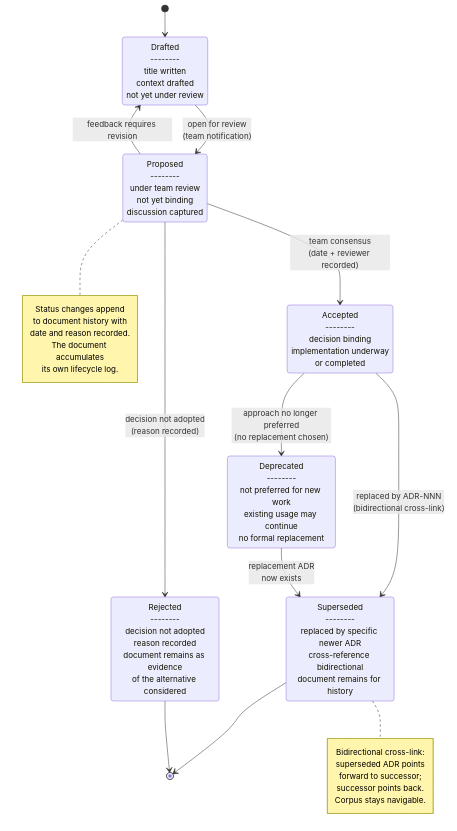
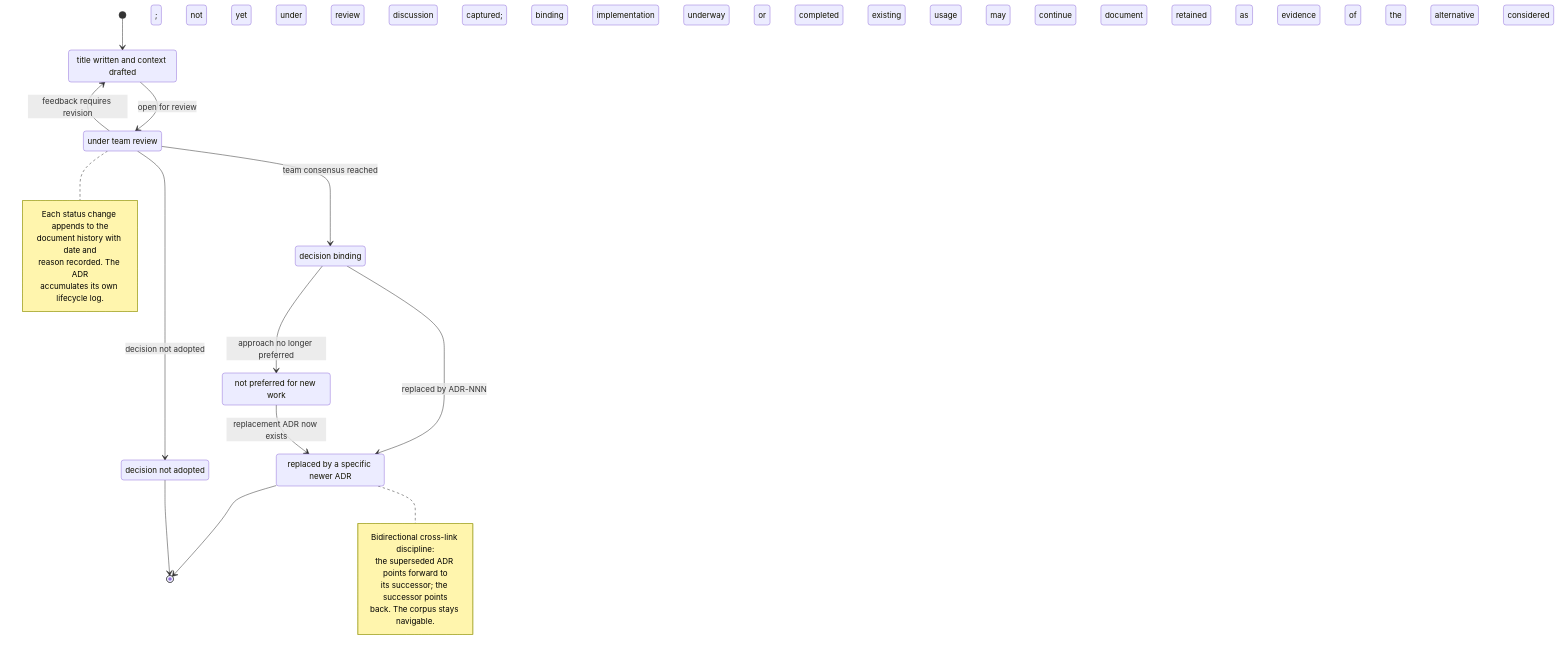
Before and after one commit to AscendionPlatformEngineering/knowledge-library: the diagram in content/templates/adr-template/diagram.mmd, drawn with Mermaid. The commit also changed 2 other files, not shown here.

Commit message:
fix(v36): correct mermaid syntax for templates diagrams (state descriptions, enum arrows, subgraph targets)

```diff
--- a/content/templates/adr-template/diagram.mmd
+++ b/content/templates/adr-template/diagram.mmd
@@ -1,45 +1,35 @@
 stateDiagram-v2
 
     [*] --> Drafted
 
-    Drafted : Drafted<br/>--------<br/>title written<br/>context drafted<br/>not yet under review
+    Drafted     : title written and context drafted; not yet under review
+    Proposed    : under team review; discussion captured; not yet binding
+    Accepted    : decision binding; implementation underway or completed
+    Deprecated  : not preferred for new work; existing usage may continue
+    Superseded  : replaced by a specific newer ADR; document retained
+    Rejected    : decision not adopted; document retained as evidence of the alternative considered
 
-    Drafted --> Proposed : open for review<br/>(team notification)
+    Drafted     --> Proposed    : open for review
+    Proposed    --> Accepted    : team consensus reached
+    Proposed    --> Drafted     : feedback requires revision
+    Proposed    --> Rejected    : decision not adopted
+    Accepted    --> Deprecated  : approach no longer preferred
+    Accepted    --> Superseded  : replaced by ADR-NNN
+    Deprecated  --> Superseded  : replacement ADR now exists
 
-    Proposed : Proposed<br/>--------<br/>under team review<br/>not yet binding<br/>discussion captured
-
-    Proposed --> Accepted : team consensus<br/>(date + reviewer recorded)
-    Proposed --> Drafted : feedback requires revision
-    Proposed --> Rejected : decision not adopted<br/>(reason recorded)
-
-    Accepted : Accepted<br/>--------<br/>decision binding<br/>implementation underway<br/>or completed
-
-    Accepted --> Deprecated : approach no longer preferred<br/>(no replacement chosen)
-    Accepted --> Superseded : replaced by ADR-NNN<br/>(bidirectional cross-link)
-
-    Deprecated : Deprecated<br/>--------<br/>not preferred for new work<br/>existing usage may continue<br/>no formal replacement
-
-    Deprecated --> Superseded : replacement ADR<br/>now exists
-
-    Superseded : Superseded<br/>--------<br/>replaced by specific newer ADR<br/>cross-reference bidirectional<br/>document remains for history
-
-    Rejected : Rejected<br/>--------<br/>decision not adopted<br/>reason recorded<br/>document remains as evidence<br/>of the alternative considered
-
-    Superseded --> [*]
-    Rejected --> [*]
+    Superseded  --> [*]
+    Rejected    --> [*]
 
     note right of Proposed
-        Status changes append
-        to document history with
-        date and reason recorded.
-        The document accumulates
-        its own lifecycle log.
+        Each status change appends to the
+        document history with date and
+        reason recorded. The ADR
+        accumulates its own lifecycle log.
     end note
 
     note right of Superseded
-        Bidirectional cross-link:
-        superseded ADR points
-        forward to successor;
-        successor points back.
-        Corpus stays navigable.
+        Bidirectional cross-link discipline:
+        the superseded ADR points forward to
+        its successor; the successor points
+        back. The corpus stays navigable.
     end note
```
